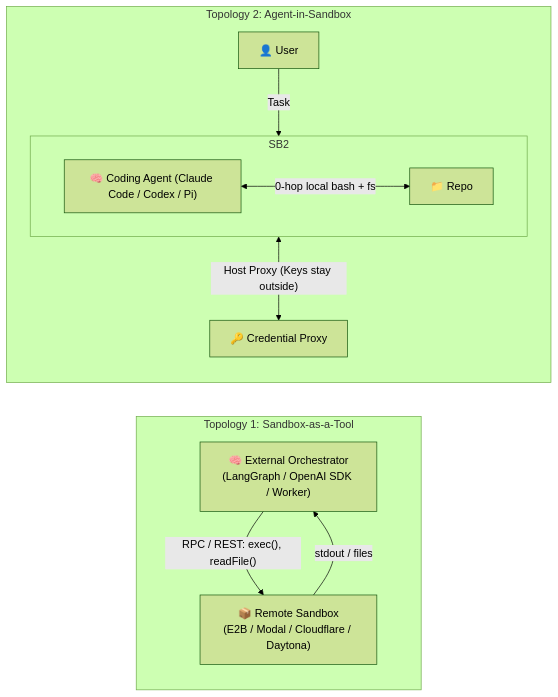
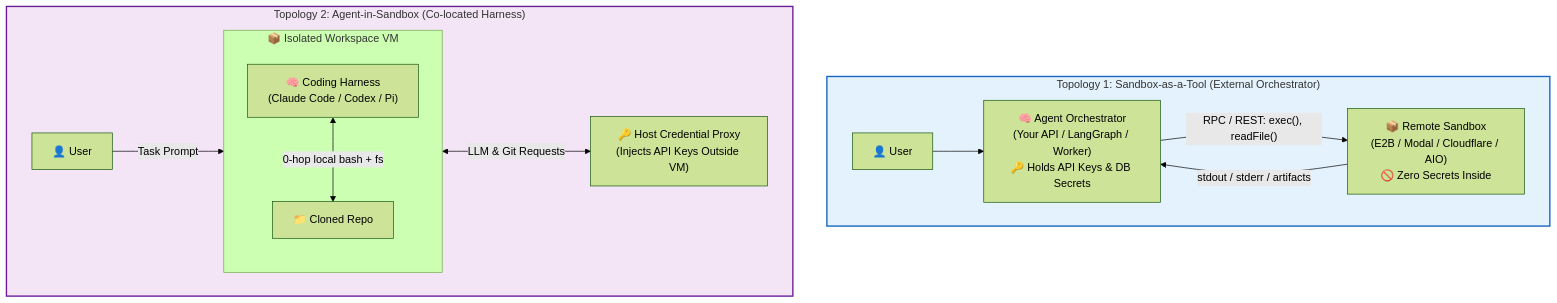
Before and after one commit to Amie-dev/FDE-and-GenAI-Mastery: the diagram in Lecture 38 - AI Agent Sandboxes All-in-One/notes/01_Why_Agents_Need_Sandboxes_and_Core_Topologies.md, drawn with Mermaid (forest theme). The commit also changed other lines of this file and 7 other files, not shown here.

Commit message:
docs: update Lecture 38 notes with comprehensive agent sandbox architecture details

````diff
--- a/Lecture 38 - AI Agent Sandboxes All-in-One/notes/01_Why_Agents_Need_Sandboxes_and_Core_Topologies.md
+++ b/Lecture 38 - AI Agent Sandboxes All-in-One/notes/01_Why_Agents_Need_Sandboxes_and_Core_Topologies.md
@@ -18,17 +43,21 @@
 ```mermaid
-flowchart LR
-    subgraph T1["Topology 1: Sandbox-as-a-Tool"]
-        direction TB
-        O["🧠 External Orchestrator<br/>(LangGraph / OpenAI SDK / Worker)"] -->|"RPC / REST: exec(), readFile()"| SB1["📦 Remote Sandbox<br/>(E2B / Modal / Cloudflare / Daytona)"]
-        SB1 -->|"stdout / files"| O
+flowchart TB
+    subgraph P1["Topology 1: Sandbox-as-a-Tool (External Orchestrator)"]
+        direction LR
+        U1["👤 User"] --> ORCH1["🧠 Agent Orchestrator<br/>(Your API / LangGraph / Worker)<br/>🔑 Holds API Keys & DB Secrets"]
+        ORCH1 -->|"RPC / REST: exec(), readFile()"| SB1["📦 Remote Sandbox<br/>(E2B / Modal / Cloudflare / AIO)<br/>🚫 Zero Secrets Inside"]
+        SB1 -->|"stdout / stderr / artifacts"| ORCH1
     end
 
-    subgraph T2["Topology 2: Agent-in-Sandbox"]
-        direction TB
-        U["👤 User"] -->|"Task"| SB2["📦 MicroVM Sandbox"]
-        subgraph SB2
-            A["🧠 Coding Agent (Claude Code / Codex / Pi)"] <-->|"0-hop local bash + fs"| Repo["📁 Repo"]
+    subgraph P2["Topology 2: Agent-in-Sandbox (Co-located Harness)"]
+        direction LR
+        U2["👤 User"] -->|"Task Prompt"| SB2["📦 MicroVM / Container Sandbox"]
+        subgraph SB2["📦 Isolated Workspace VM"]
+            HAR["🧠 Coding Harness<br/>(Claude Code / Codex / Pi)"] <-->|"0-hop local bash + fs"| REPO["📁 Cloned Repo"]
         end
-        SB2 <-->|"Host Proxy (Keys stay outside)"| PXY["🔑 Credential Proxy"]
+        SB2 <-->|"LLM & Git Requests"| PXY["🔑 Host Credential Proxy<br/>(Injects API Keys Outside VM)"]
     end
+
+    style P1 fill:#e3f2fd,stroke:#1565c0,stroke-width:2px
+    style P2 fill:#f3e5f5,stroke:#6a1b9a,stroke-width:2px
 ```
````
